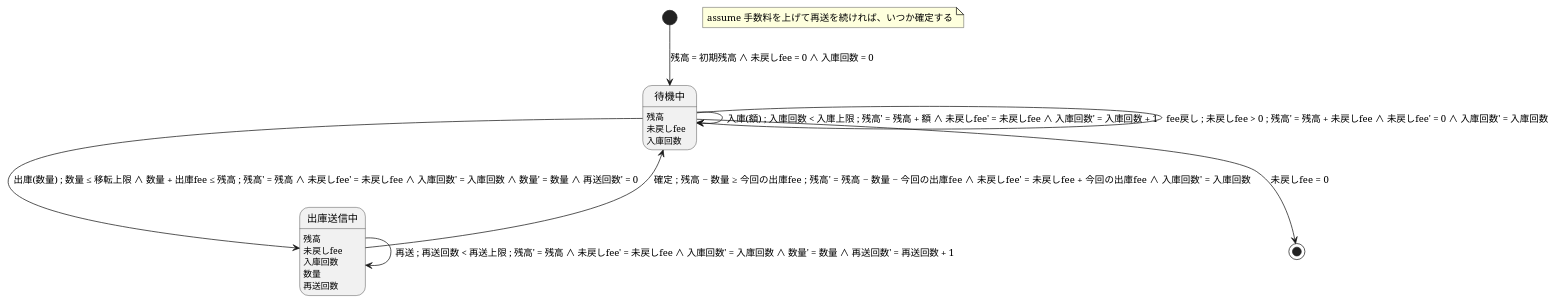
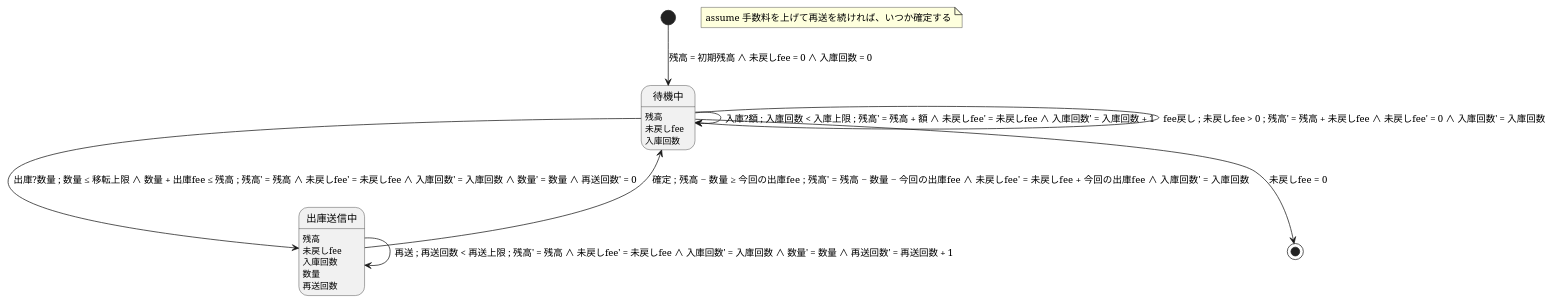
Before and after one commit to Kuniwak/puml-parallel: the diagram in examples/bmc/wallet.puml, drawn with PlantUML. The commit also changed 86 other files, not shown here.

```diff
--- a/examples/bmc/wallet.puml
+++ b/examples/bmc/wallet.puml
@@ -1,32 +1,32 @@
 @startuml WALLET
 ' A wallet in miniature, one withdrawal at a time. 残高 is the total held in the
 ' wallets being checked; the gas wallet that pays the chain fee is a separate
 ' party's and outside it, which is why a fee return raises 残高 again. The
 ' twins live in wallet_twins.py.
 ' 入庫回数 bounds the scenario, as the resend bound does: without it the
 ' running totals grow without end and the walk only stops at --max-states.
 state "待機中" as idle
 idle : 残高
 idle : 未戻しfee
 idle : 入庫回数
 state "出庫送信中" as sending
 sending : 残高
 sending : 未戻しfee
 sending : 入庫回数
 sending : 数量
 sending : 再送回数
 
 [*] --> idle : 残高 = 初期残高 ∧ 未戻しfee = 0 ∧ 入庫回数 = 0
 
-idle --> idle : 入庫(額) ; 入庫回数 < 入庫上限 ; 残高' = 残高 + 額 ∧ 未戻しfee' = 未戻しfee ∧ 入庫回数' = 入庫回数 + 1
-idle --> sending : 出庫(数量) ; 数量 ≤ 移転上限 ∧ 数量 + 出庫fee ≤ 残高 ; 残高' = 残高 ∧ 未戻しfee' = 未戻しfee ∧ 入庫回数' = 入庫回数 ∧ 数量' = 数量 ∧ 再送回数' = 0
+idle --> idle : 入庫?額 ; 入庫回数 < 入庫上限 ; 残高' = 残高 + 額 ∧ 未戻しfee' = 未戻しfee ∧ 入庫回数' = 入庫回数 + 1
+idle --> sending : 出庫?数量 ; 数量 ≤ 移転上限 ∧ 数量 + 出庫fee ≤ 残高 ; 残高' = 残高 ∧ 未戻しfee' = 未戻しfee ∧ 入庫回数' = 入庫回数 ∧ 数量' = 数量 ∧ 再送回数' = 0
 sending --> sending : 再送 ; 再送回数 < 再送上限 ; 残高' = 残高 ∧ 未戻しfee' = 未戻しfee ∧ 入庫回数' = 入庫回数 ∧ 数量' = 数量 ∧ 再送回数' = 再送回数 + 1
 sending --> idle : 確定 ; 残高 − 数量 ≥ 今回の出庫fee ; 残高' = 残高 − 数量 − 今回の出庫fee ∧ 未戻しfee' = 未戻しfee + 今回の出庫fee ∧ 入庫回数' = 入庫回数
 idle --> idle : fee戻し ; 未戻しfee > 0 ; 残高' = 残高 + 未戻しfee ∧ 未戻しfee' = 0 ∧ 入庫回数' = 入庫回数
 ' Resting with nothing in flight is a fine place to end the scenario.
 idle --> [*] : 未戻しfee = 0
 
 note as fair
   assume 手数料を上げて再送を続ければ、いつか確定する
 end note
 @enduml
```
